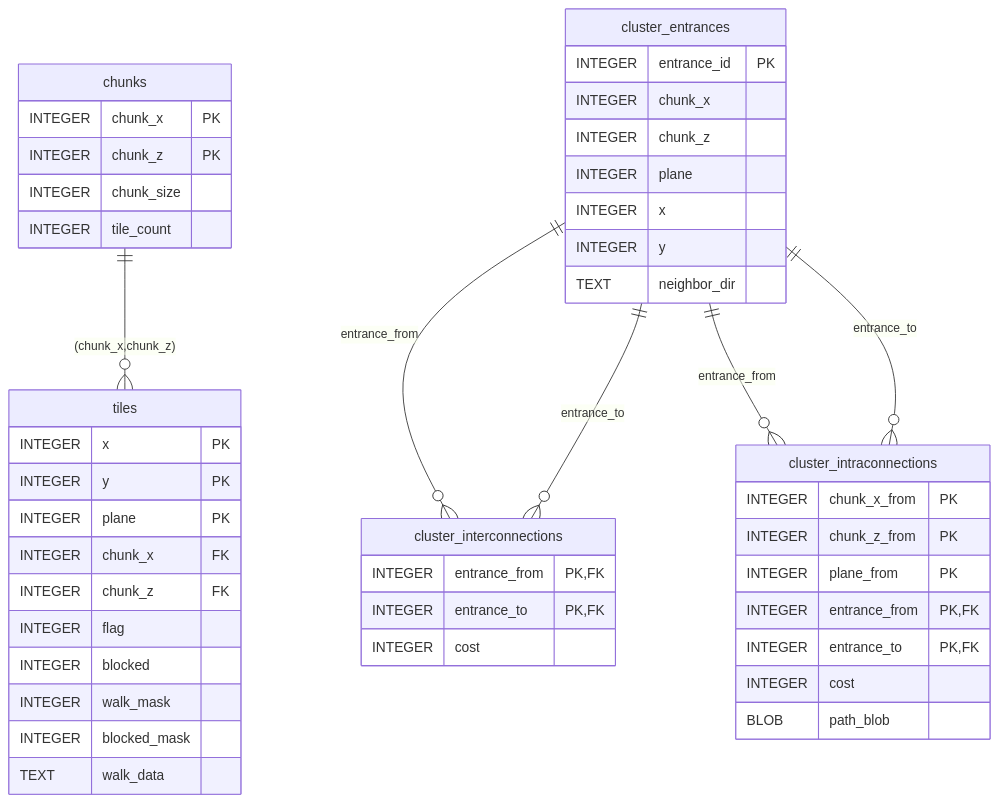
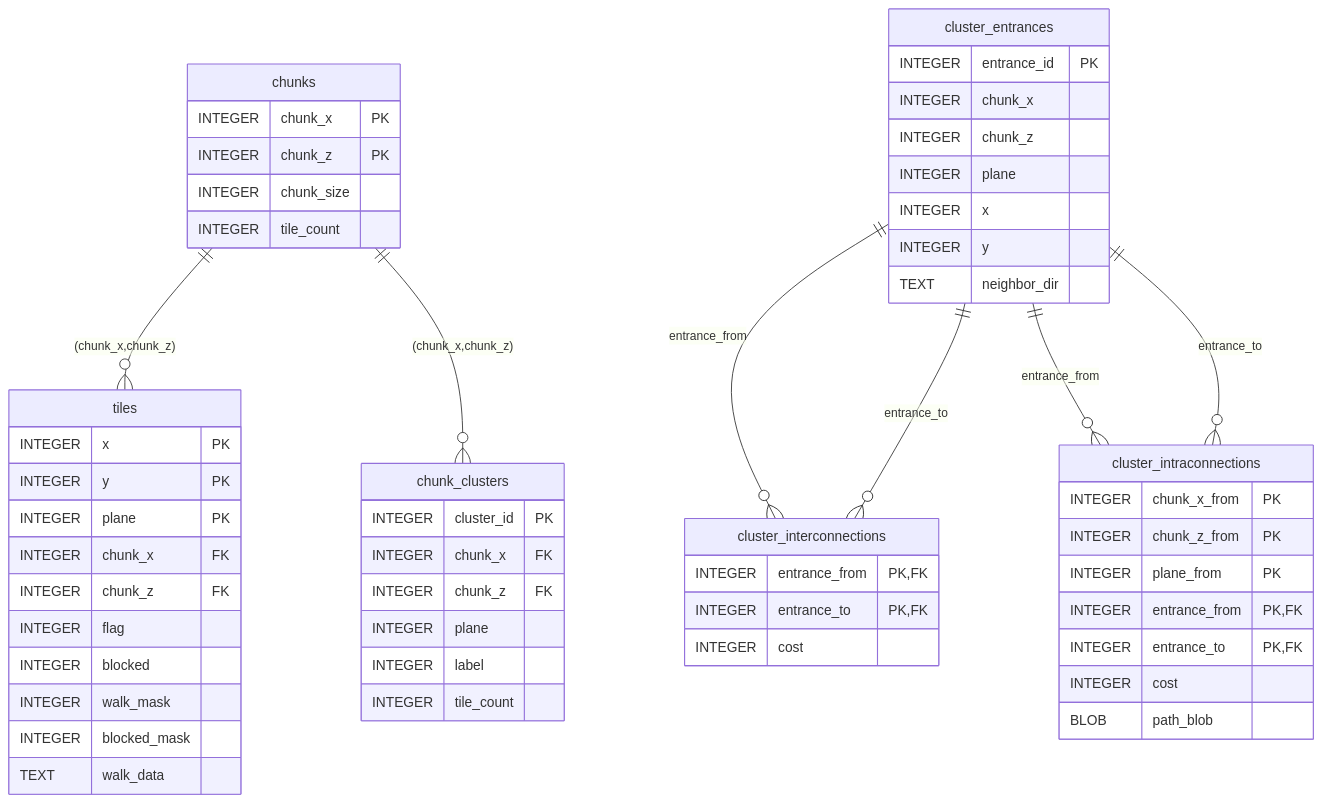
Before and after one commit to ShaggyHW/rs3cache_extractor: the diagram in docs/worldReachableTiles_schema.md, drawn with Mermaid. The commit also changed other lines of this file and 44 other files, not shown here.

````diff
--- a/docs/worldReachableTiles_schema.md
+++ b/docs/worldReachableTiles_schema.md
@@ -19,50 +41,59 @@
 ```mermaid
 erDiagram
   chunks {
     INTEGER chunk_x PK
     INTEGER chunk_z PK
     INTEGER chunk_size
+    INTEGER tile_count
+  }
+  chunk_clusters {
+    INTEGER cluster_id PK
+    INTEGER chunk_x FK
+    INTEGER chunk_z FK
+    INTEGER plane
+    INTEGER label
     INTEGER tile_count
   }
   tiles {
     INTEGER x PK
     INTEGER y PK
     INTEGER plane PK
     INTEGER chunk_x FK
     INTEGER chunk_z FK
     INTEGER flag
     INTEGER blocked
     INTEGER walk_mask
     INTEGER blocked_mask
     TEXT    walk_data
   }
   cluster_entrances {
     INTEGER entrance_id PK
     INTEGER chunk_x
     INTEGER chunk_z
     INTEGER plane
     INTEGER x
     INTEGER y
     TEXT    neighbor_dir
   }
   cluster_interconnections {
     INTEGER entrance_from PK, FK
     INTEGER entrance_to   PK, FK
     INTEGER cost
   }
   cluster_intraconnections {
     INTEGER chunk_x_from  PK
     INTEGER chunk_z_from  PK
     INTEGER plane_from    PK
     INTEGER entrance_from PK, FK
     INTEGER entrance_to   PK, FK
     INTEGER cost
     BLOB    path_blob
   }
 
   chunks ||--o{ tiles : "(chunk_x,chunk_z)"
   cluster_entrances ||--o{ cluster_interconnections : entrance_from
   cluster_entrances ||--o{ cluster_interconnections : entrance_to
   cluster_entrances ||--o{ cluster_intraconnections : entrance_from
   cluster_entrances ||--o{ cluster_intraconnections : entrance_to
+  chunks ||--o{ chunk_clusters : "(chunk_x,chunk_z)"
 ```
````
